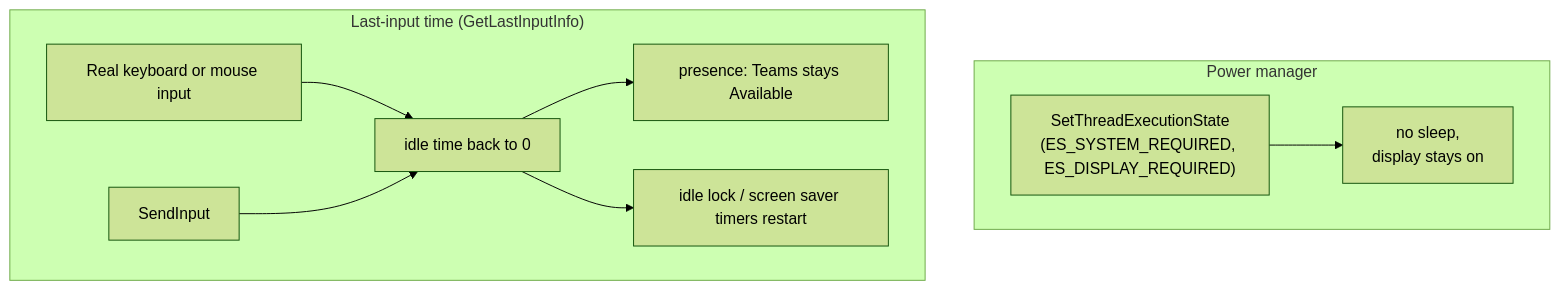
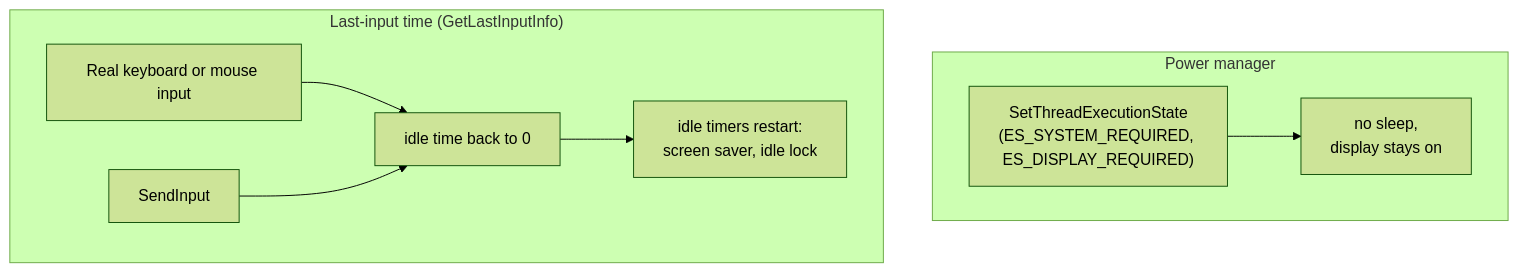
One commit to thomaswening/doubting-thomas changed the second of 2 diagrams in topics/windows/sendinput.md. Above: the diagram before and after it, drawn with Mermaid (forest theme). The commit also changed other lines of this file and 4 other files, not shown here.

````diff
--- a/topics/windows/sendinput.md
+++ b/topics/windows/sendinput.md
@@ -167,12 +166,11 @@
 ```mermaid
 flowchart TD
     subgraph power["Power manager"]
         ste["SetThreadExecutionState<br/>(ES_SYSTEM_REQUIRED, ES_DISPLAY_REQUIRED)"] --> nosleep["no sleep,<br/>display stays on"]
     end
     subgraph idle["Last-input time (GetLastInputInfo)"]
         real["Real keyboard or mouse input"] --> reset["idle time back to 0"]
         si["SendInput"] --> reset
-        reset --> teams["presence: Teams stays Available"]
-        reset --> lock["idle lock / screen saver timers restart"]
+        reset --> lock["idle timers restart:<br/>screen saver, idle lock"]
     end
 ```
````
